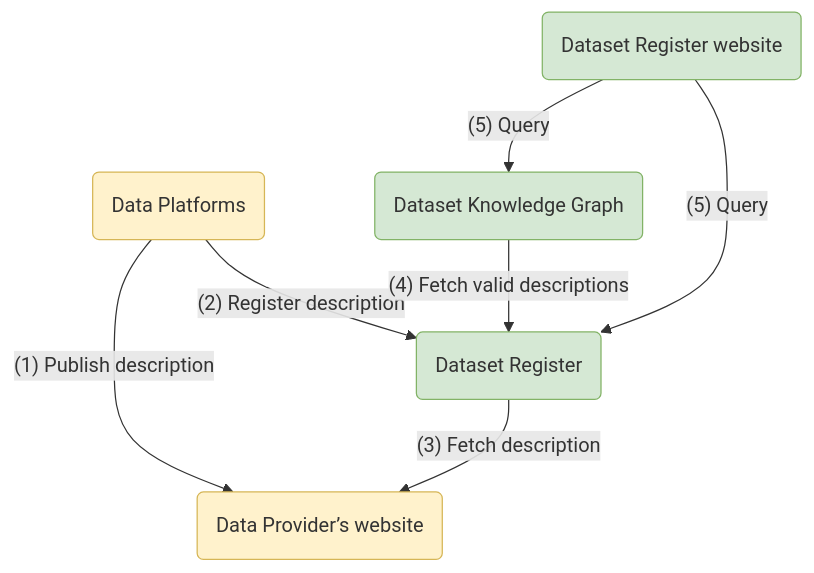
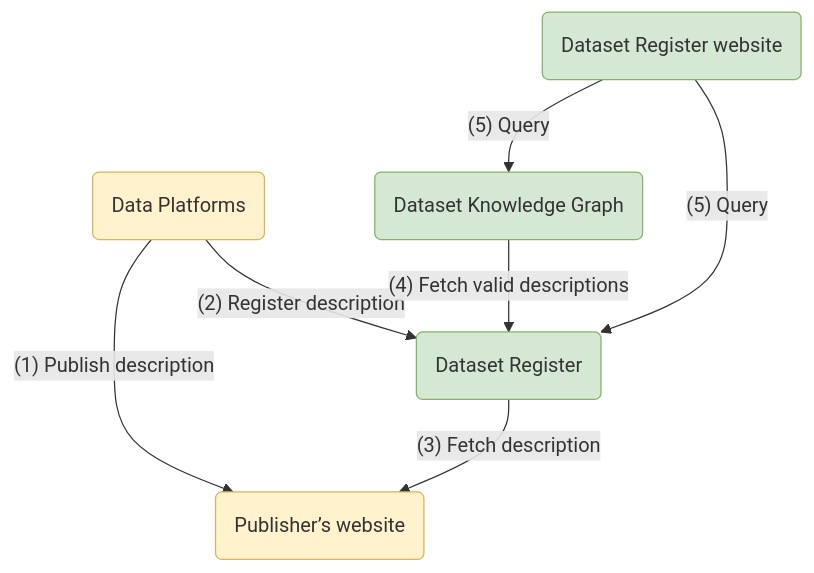
The first of 2 diagrams in docs/services/dataset-register/index.md (netwerk-digitaal-erfgoed/netwerk-digitaal-erfgoed.github.io), drawn with Mermaid before and after one commit. The commit also changed other lines of this file and 1 other file, not shown here.

First line of the commit message:
docs(services): describe Dataset Register data model (#73)

````diff
--- a/docs/services/dataset-register/index.md
+++ b/docs/services/dataset-register/index.md
@@ -37,20 +38,20 @@
 ```mermaid
 flowchart TD
     P(Data Platforms)
-    W("Data Provider’s website")
+    W("Publisher’s website")
     R(Dataset Register)
     K(Dataset Knowledge Graph)
     U(Dataset Register website)
 
     style P fill:#FFF2CC,stroke:#D6B656
     style W fill:#FFF2CC,stroke:#D6B656
     style R fill:#D5E8D4,stroke:#82B366
     style K fill:#D5E8D4,stroke:#82B366
     style U fill:#D5E8D4,stroke:#82B366
 
     P -- "(1) Publish description" --> W
     P -- "(2) Register description" --> R
     R -- "(3) Fetch description" --> W
     K -- "(4) Fetch valid descriptions" --> R
     U -- "(5) Query" --> K & R
 ```
````
